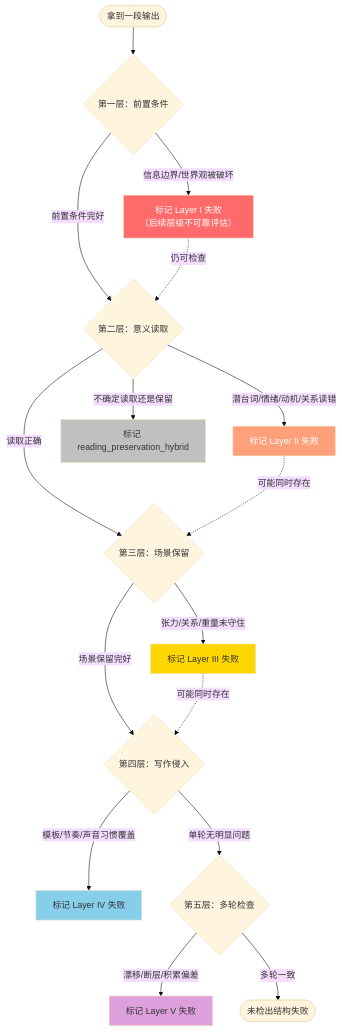
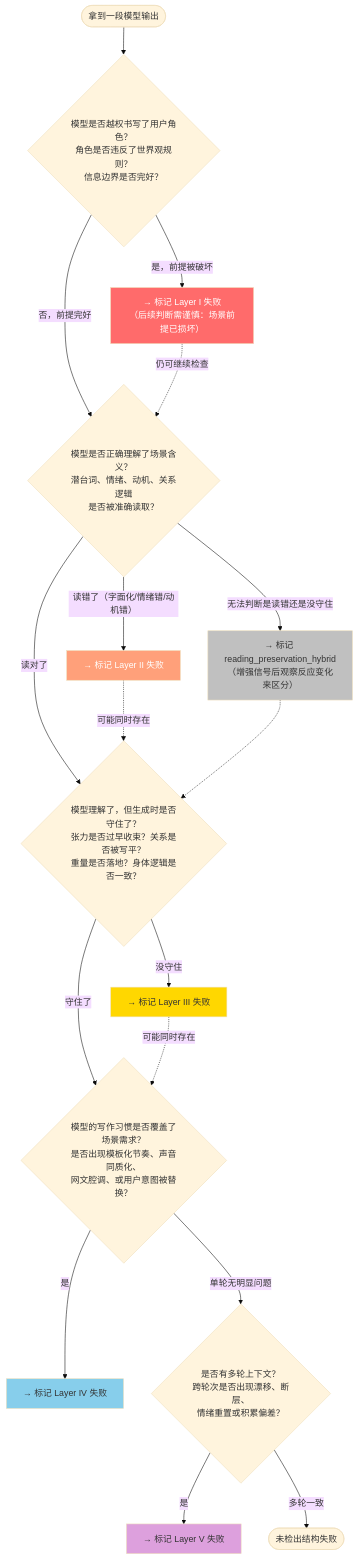
Before and after one commit to Yuqing-Cai/cn-failure-atlas: the diagram in README.md, drawn with Mermaid (base theme). The commit also changed other lines of this file and 4 other files, not shown here.

````diff
--- a/README.md
+++ b/README.md
@@ -43,26 +78,37 @@
 ```mermaid
 flowchart TD
-    Start([拿到一段输出]) --> L1{第一层：前置条件}
-    L1 -->|信息边界/世界观被破坏| L1F["标记 Layer I 失败<br/>（后续层级不可靠评估）"]
-    L1 -->|前置条件完好| L2{第二层：意义读取}
-    L2 -->|潜台词/情绪/动机/关系读错| L2F[标记 Layer II 失败]
-    L2 -->|读取正确| L3{第三层：场景保留}
-    L2 -->|不确定读取还是保留| Hybrid[标记 reading_preservation_hybrid]
-    L3 -->|张力/关系/重量未守住| L3F[标记 Layer III 失败]
-    L3 -->|场景保留完好| L4{第四层：写作侵入}
-    L4 -->|模板/节奏/声音习惯覆盖| L4F[标记 Layer IV 失败]
-    L4 -->|单轮无明显问题| L5{第五层：多轮检查}
-    L5 -->|漂移/断层/积累偏差| L5F[标记 Layer V 失败]
-    L5 -->|多轮一致| Pass([未检出结构失败])
+    Start([拿到一段模型输出]) --> Q1{"模型是否越权书写了用户角色？<br/>角色是否违反了世界观规则？<br/>信息边界是否完好？"}
+    Q1 -->|"是，前提被破坏"| L1F["→ 标记 Layer I 失败<br/>（后续判断需谨慎：场景前提已损坏）"]
+    Q1 -->|"否，前提完好"| Q2
 
-    L1F -.->|仍可检查| L2
-    L2F -.->|可能同时存在| L3
-    L3F -.->|可能同时存在| L4
+    L1F -.->|"仍可继续检查"| Q2
+
+    Q2{"模型是否正确理解了场景含义？<br/>潜台词、情绪、动机、关系逻辑<br/>是否被准确读取？"}
+    Q2 -->|"读错了（字面化/情绪错/动机错）"| L2F["→ 标记 Layer II 失败"]
+    Q2 -->|"读对了"| Q3
+    Q2 -->|"无法判断是读错还是没守住"| Hybrid["→ 标记 reading_preservation_hybrid<br/>（增强信号后观察反应变化来区分）"]
+
+    L2F -.->|"可能同时存在"| Q3
+    Hybrid -.-> Q3
+
+    Q3{"模型理解了，但生成时是否守住了？<br/>张力是否过早收束？关系是否被写平？<br/>重量是否落地？身体逻辑是否一致？"}
+    Q3 -->|"没守住"| L3F["→ 标记 Layer III 失败"]
+    Q3 -->|"守住了"| Q4
+
+    L3F -.->|"可能同时存在"| Q4
+
+    Q4{"模型的写作习惯是否覆盖了场景需求？<br/>是否出现模板化节奏、声音同质化、<br/>网文腔调、或用户意图被替换？"}
+    Q4 -->|"是"| L4F["→ 标记 Layer IV 失败"]
+    Q4 -->|"单轮无明显问题"| Q5
+
+    Q5{"是否有多轮上下文？<br/>跨轮次是否出现漂移、断层、<br/>情绪重置或积累偏差？"}
+    Q5 -->|"是"| L5F["→ 标记 Layer V 失败"]
+    Q5 -->|"多轮一致"| Pass([未检出结构失败])
 
     style L1F fill:#ff6b6b,color:#fff
     style L2F fill:#ffa07a,color:#fff
     style L3F fill:#ffd700,color:#333
     style L4F fill:#87ceeb,color:#333
     style L5F fill:#dda0dd,color:#333
     style Hybrid fill:#c0c0c0,color:#333
 ```
````
